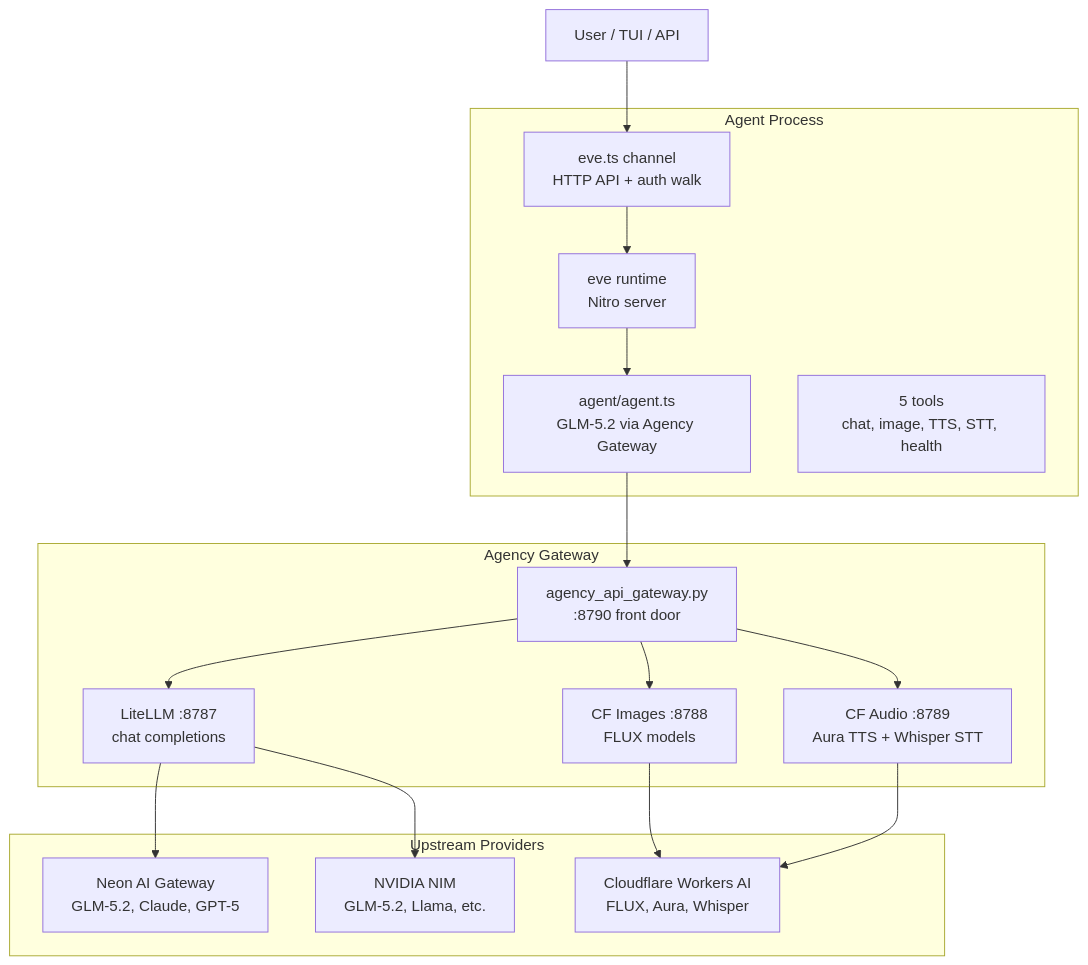
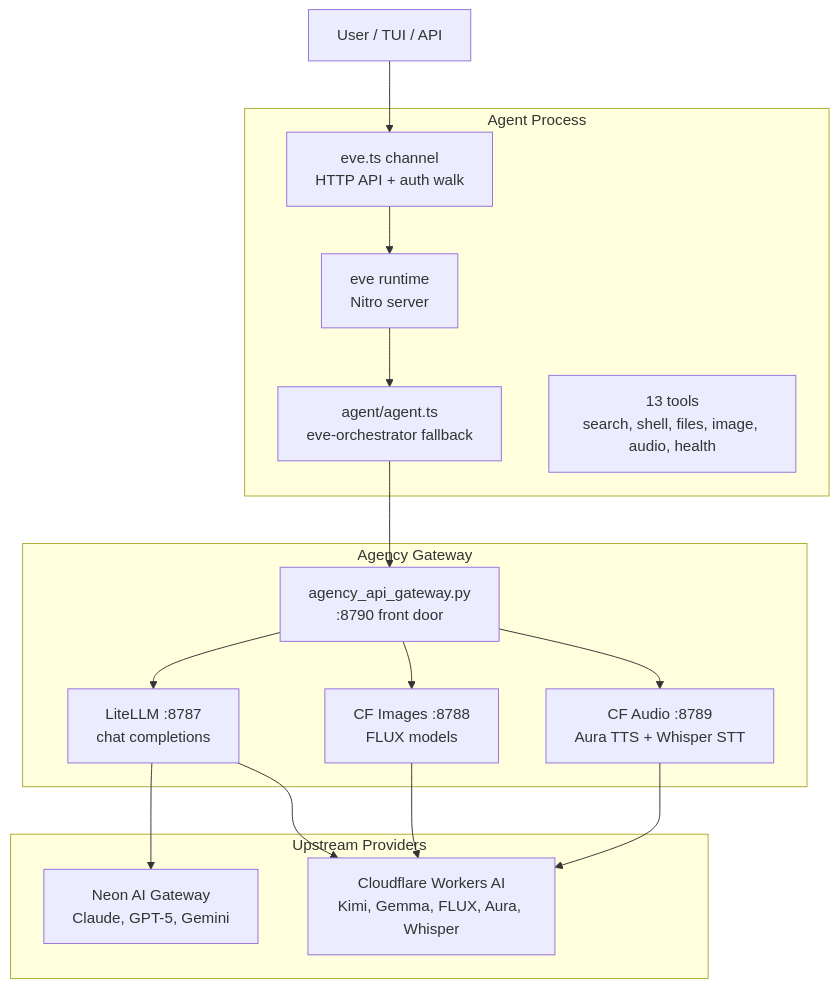
One commit to jamesnavinhill/eve changed the diagram in docs/architecture.md. Above: the diagram before and after it, drawn with Mermaid. The commit also changed other lines of this file and 7 other files, not shown here.

````diff
--- a/docs/architecture.md
+++ b/docs/architecture.md
@@ -7,29 +7,28 @@
 ```mermaid
 graph TD
     subgraph Agent Process
         EVE[eve runtime<br/>Nitro server]
-        AGENT[agent/agent.ts<br/>GLM-5.2 via Agency Gateway]
-        TOOLS[5 tools<br/>chat, image, TTS, STT, health]
+        AGENT[agent/agent.ts<br/>eve-orchestrator fallback]
+        TOOLS[13 tools<br/>search, shell, files, image, audio, health]
         CH[eve.ts channel<br/>HTTP API + auth walk]
     end
 
     subgraph Agency Gateway
         GW[agency_api_gateway.py<br/>:8790 front door]
         LITELLM[LiteLLM :8787<br/>chat completions]
         IMG[CF Images :8788<br/>FLUX models]
         AUDIO[CF Audio :8789<br/>Aura TTS + Whisper STT]
     end
 
     subgraph Upstream Providers
-        NEON[Neon AI Gateway<br/>GLM-5.2, Claude, GPT-5]
-        NVIDIA[NVIDIA NIM<br/>GLM-5.2, Llama, etc.]
-        CF[Cloudflare Workers AI<br/>FLUX, Aura, Whisper]
+        NEON[Neon AI Gateway<br/>Claude, GPT-5, Gemini]
+        CF[Cloudflare Workers AI<br/>Kimi, Gemma, FLUX, Aura, Whisper]
     end
 
     USER[User / TUI / API] --> CH --> EVE
     EVE --> AGENT --> GW
     GW --> LITELLM --> NEON
-    LITELLM --> NVIDIA
+    LITELLM --> CF
     GW --> IMG --> CF
     GW --> AUDIO --> CF
 ```
````
